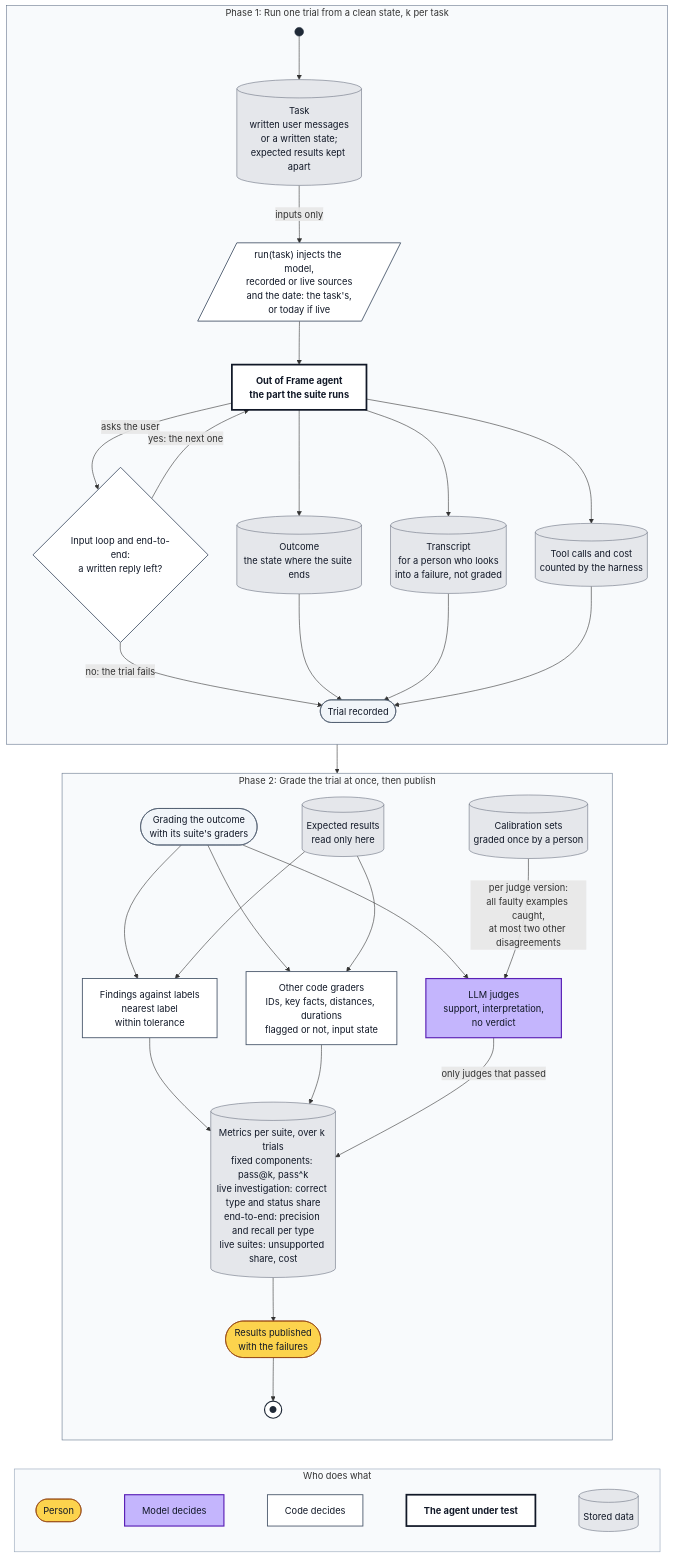
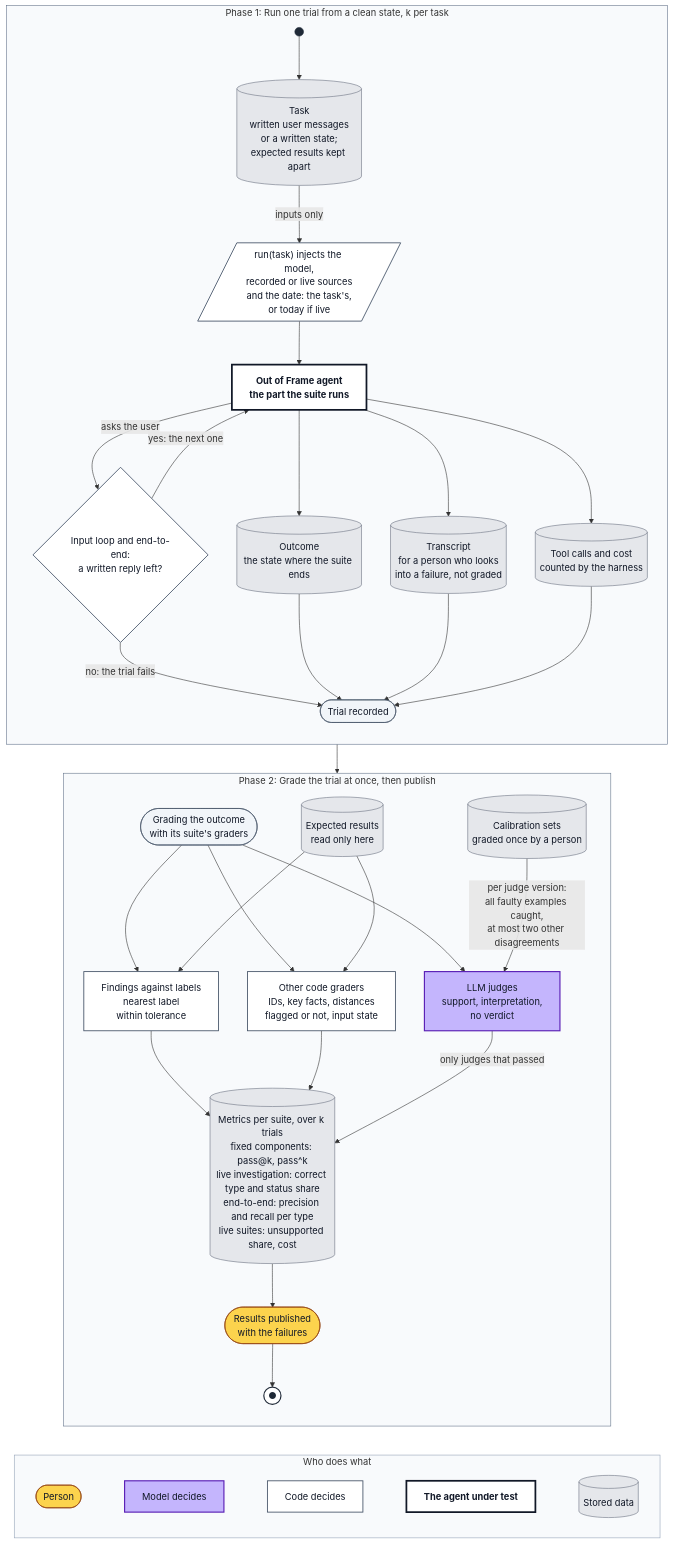
One commit to avashchenkov/out-of-frame changed the diagram in docs/eval-architecture.md. Above: the diagram before and after it, drawn with Mermaid. The commit also changed other lines of this file and 2 other files, not shown here.

Commit message:
docs: detail step 9 and let code write the journeys in the report

````diff
--- a/docs/eval-architecture.md
+++ b/docs/eval-architecture.md
@@ -429,75 +430,75 @@
 ```mermaid
 flowchart TD
     subgraph TRIALS["Phase 1: Run one trial from a clean state, k per task"]
         direction TB
         START((" ")):::start
         TASK[("Task<br/>written user messages<br/>or a written state;<br/>expected results kept apart")]:::data
         INJ[/"run(task) injects the model,<br/>recorded or live sources<br/>and the date: the task's,<br/>or today if live"/]:::code
         AG["Out of Frame agent<br/>the part the suite runs"]:::sut
         RPL{"Input loop and end-to-end:<br/>a written reply left?"}:::code
         OUTC[("Outcome<br/>the state where the suite ends")]:::data
         TRN[("Transcript<br/>for a person who looks<br/>into a failure, not graded")]:::data
         CNT[("Tool calls and cost<br/>counted by the harness")]:::data
         RD(["Trial recorded"]):::milestone
         START --> TASK
         TASK -->|"inputs only"| INJ
         INJ --> AG
         AG -->|"asks the user"| RPL
         RPL -->|"yes: the next one"| AG
         RPL -->|"no: the trial fails"| RD
         AG --> OUTC
         AG --> TRN
         AG --> CNT
         OUTC --> RD
         TRN --> RD
         CNT --> RD
     end
 
     subgraph GRADE["Phase 2: Grade the trial at once, then publish"]
         direction TB
         GS(["Grading the outcome<br/>with its suite's graders"]):::milestone
         SC[("Expected results<br/>read only here")]:::data
         MATCH["Findings against labels<br/>nearest label<br/>within tolerance"]:::code
-        CG["Other code graders<br/>IDs, key facts, distances, durations<br/>flagged or not, input state"]:::code
+        CG["Other code graders<br/>IDs, key facts, distances<br/>flagged or not, input state"]:::code
         JG["LLM judges<br/>support, interpretation,<br/>no verdict"]:::model
         CAL[("Calibration sets<br/>graded once by a person")]:::data
         MET[("Metrics per suite, over k trials<br/>fixed components: pass@k, pass^k<br/>live investigation: correct type and status share<br/>end-to-end: precision and recall per type<br/>live suites: unsupported share, cost")]:::data
         PUB(["Results published<br/>with the failures"]):::human
         STOP(("●")):::stop
         GS --> MATCH
         GS --> CG
         GS --> JG
         SC --> MATCH
         SC --> CG
         CAL -->|"per judge version:<br/>all faulty examples caught,<br/>at most two other disagreements"| JG
         MATCH --> MET
         CG --> MET
         JG -->|"only judges that passed"| MET
         MET --> PUB --> STOP
     end
 
     TRIALS --> GRADE
 
     subgraph KEY["Who does what"]
         direction LR
         k1(["Person"]):::human
         k2["Model decides"]:::model
         k3["Code decides"]:::code
         k6["The agent under test"]:::sut
         k4[("Stored data")]:::data
         k1 ~~~ k2 ~~~ k3 ~~~ k6 ~~~ k4
     end
     GRADE ~~~ KEY
 
     classDef human fill:#fcd34d,stroke:#92400e,color:#111827
     classDef model fill:#c4b5fd,stroke:#5b21b6,stroke-width:2px,color:#111827
     classDef code fill:#ffffff,stroke:#475569,stroke-width:1.5px,color:#111827
     classDef sut fill:#ffffff,stroke:#111827,stroke-width:3px,color:#111827,font-weight:bold
     classDef data fill:#e5e7eb,stroke:#6b7280,color:#111827
     classDef milestone fill:#f1f5f9,stroke:#475569,color:#111827
     classDef start fill:#1f2937,stroke:#1f2937,color:#1f2937
     classDef stop fill:#ffffff,stroke:#1f2937,stroke-width:2px,color:#1f2937
     style TRIALS fill:#f8fafc,stroke:#64748b
     style GRADE fill:#f8fafc,stroke:#64748b
     style KEY fill:#f8fafc,stroke:#94a3b8
 ```
````
